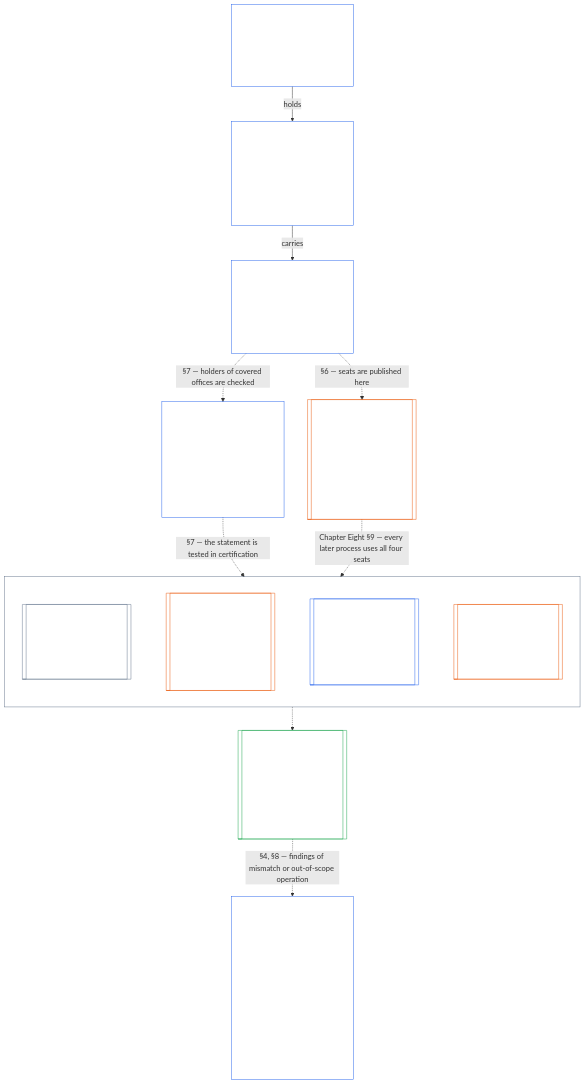
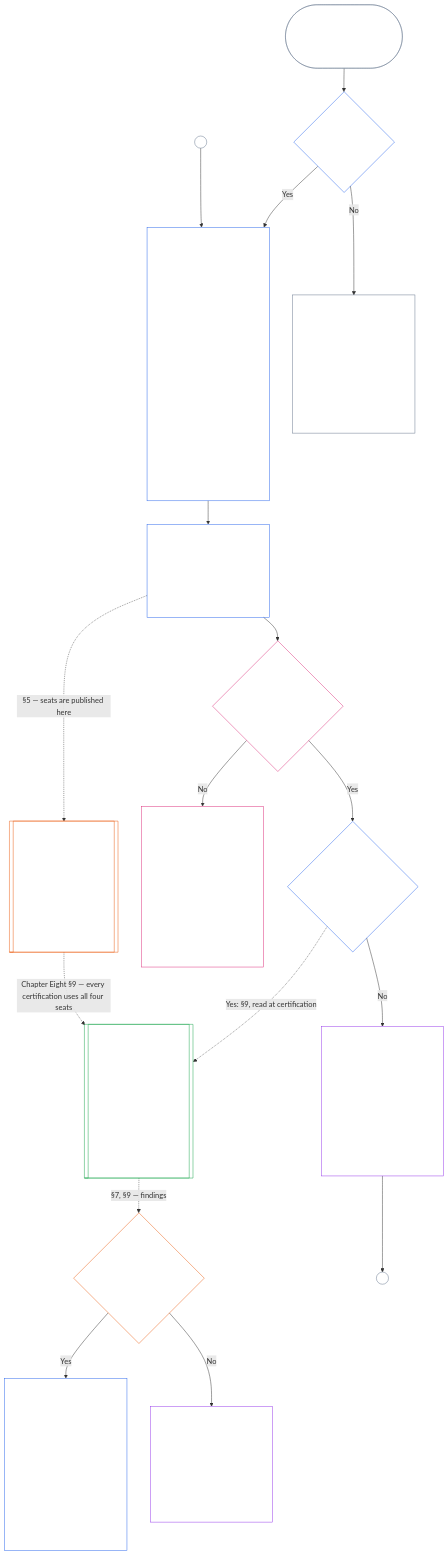
The diagram in core_07_charters.md (kfoelsch/Sentient_Constitution), drawn with Mermaid before and after one commit. The commit also changed other lines of this file and 32 other files, not shown here.

````diff
--- a/core_07_charters.md
+++ b/core_07_charters.md
@@ -43,38 +96,49 @@
 ```mermaid
 flowchart TB
-    Inst["Institutional Charter — §3<br/><br/>For an Institution that runs more than one System. Holds every System Charter and why it runs them"]
-    Sys["System Charter — §3<br/><br/>For a System of Class L or higher. Purpose, scope, limits, amendment authority, review cadence. An Institution with one System uses this one"]
-    Map["Charter Role Map — §6<br/><br/>Carried by each Charter. Eligible offices, current holders by dated version, substitutes, merged hosting, independent route"]
-    SoD[["Chapter Eight — Functional independence and segregation of duties<br/><br/>Four distinct seats for every materially binding act. Sets the rules for a valid seat placement<br/><br/>Outside this chapter"]]
-    subgraph SAC["Chapter Nine — System alignment certification (outside this chapter)"]
-        direction LR
-        I[["Initiating seat<br/><br/>Operator or proponent seeking certification<br/><br/>Placed by the map"]]
-        V[["Verify-or-authorize seat<br/><br/>Lead forum and component authorities<br/><br/>Not placed by the map: assigned under Chapters Nine and Thirteen"]]
-        R[["Record seat<br/><br/>Keeps the System Certification Record, the Act Record<br/><br/>Placed by the map"]]
-        C[["Contest seat<br/><br/>Record challenge path and review forum<br/><br/>Placed by the map"]]
-        I ~~~ V ~~~ R ~~~ C
-    end
-    Out[["Certification outcome and record<br/><br/>Names the Charter Role Map version in force. Tests the Charter's scope against real boundaries<br/><br/>Outside this chapter"]]
-    Form["Formation check — §7<br/><br/>Before a body exercises authority: do the holders of its covered offices meet the standing bar, and do they hold the office for the body's stated purpose? A check, not a licence"]
-    Keep["Keep the Charter true — §4<br/><br/>A mismatch is fixed by amendment, remediation, recertification, or scope contraction, never by quiet expansion. A Charter amendment, a mismatch, operation outside chartered scope, or an overdue review reopens the certification it bears on: the System's, and the Institution's own where it holds one"]
-    Inst -->|"holds"| Sys
-    Sys -->|"carries"| Map
-    Map -.->|"§6 — seats are published here"| SoD
-    Map -.->|"§7 — holders of covered offices are checked"| Form
-    Form -.->|"§7 — the statement is tested in certification"| SAC
-    SoD -.->|"Chapter Eight §9 — every later process uses all four seats"| SAC
-    SAC -.-> Out
-    Out -.->|"§4, §8 — findings of mismatch or out-of-scope operation"| Keep
-    style SAC fill:none,stroke:#64748b,color:#ffffff
-    style Inst fill:none,stroke:#2563eb,color:#ffffff
-    style Sys fill:none,stroke:#2563eb,color:#ffffff
+    T(["A body forms or already operates<br/><br/>The right to form carries no licence and no gate — §2"])
+    D1{"Class L or higher? — §3"}
+    Pub["Publish the right instrument — §3, §4<br/><br/>System: its System Charter<br/>Institution with one System: that System Charter<br/>Institution with several Systems: an Institutional<br/>Charter that holds every System Charter<br/>Institution with none: an Institutional Charter alone<br/><br/>Plain language, ten required items, with the formation<br/>check statement<br/>New body: before go-live or before it exercises<br/>authority over others<br/>Body already operating: at its next classification<br/>review or certification, whichever comes first"]
+    Map["Charter Role Map — §5<br/><br/>Carried by each instrument<br/>Eligible offices, current holders by dated version,<br/>substitutes, merged hosting, independent route"]
+    D4{"Formation check passed? — §6"}
+    D2{"Does the instrument count? — §3"}
+    Cert[["Chapter Nine — Alignment certification<br/><br/>Every certification fills all four seats<br/>Tests the stated scope and the formation check<br/>statement against real boundaries and operation<br/>Evidence for certification, never a substitute<br/><br/>Outside this chapter"]]
+    D3{"Stated scope matches operation? — §7"}
+    Keep["The instrument stays in force — §7, §8<br/><br/>Dated versions kept<br/>Reviewed on the published cadence, and sooner<br/>after an incident, a class change,<br/>or a credible challenge<br/>It states authority the body already holds and<br/>grants none: legitimacy is decided under Chapter Fourteen"]
+    P["Class P: a System Charter or<br/>Institutional Charter is encouraged<br/>and not required<br/><br/>Required on reclassification to Class L<br/>or higher, or if the operator asserts<br/>constitutional compliance — §3"]
+    Seat["That sentient does not hold that office — §6<br/><br/>Standing or authenticity failed for one holder<br/>The office is refilled by dated Role Map<br/>version and checked again<br/>The body is not stopped: the two narrow gates<br/>on the right to form attach to a sentient,<br/>never to the body"]
+    Def["Defect to log and correct — §3<br/><br/>Not identified as the body's System Charter<br/>or Institutional Charter, or the §4 minimum<br/>is missing<br/>Not a bar to forming or operating, and not<br/>a reason to treat the body as unbounded"]
+    SoD[["Chapter Eight — Segregation of duties<br/><br/>Four distinct seats for every materially binding act<br/>Sets the rules for a valid placement<br/>The map places three of the four seats<br/><br/>Outside this chapter"]]
+    Fix["Fix it in the open — §7<br/><br/>Amend with notice and a contest path,<br/>remediate, recertify, or contract scope<br/>Never quiet expansion<br/>The fix reopens the certification it bears on"]
+    T --> D1
+    D1 -->|"Yes"| Pub
+    D1 -->|"No"| P
+    Pub --> Map
+    Map --> D4
+    Map -.->|"§5 — seats are published here"| SoD
+    D4 -->|"Yes"| D2
+    D4 -->|"No"| Seat
+    D2 -.->|"Yes: §9, read at certification"| Cert
+    D2 -->|"No"| Def
+    SoD -.->|"Chapter Eight §9 — every certification uses all four seats"| Cert
+    Cert -.->|"§7, §9 — findings"| D3
+    D3 -->|"Yes"| Keep
+    D3 -->|"No"| Fix
+    Def --> A1((A))
+    A2((A)) --> Pub
+    style T fill:none,stroke:#64748b,color:#ffffff
+    style D1 fill:none,stroke:#2563eb,color:#ffffff
+    style P fill:none,stroke:#64748b,color:#ffffff
+    style Pub fill:none,stroke:#2563eb,color:#ffffff
     style Map fill:none,stroke:#2563eb,color:#ffffff
+    style SoD fill:none,stroke:#ea580c,color:#ffffff
+    style D4 fill:none,stroke:#db2777,color:#ffffff
+    style Seat fill:none,stroke:#db2777,color:#ffffff
+    style D2 fill:none,stroke:#2563eb,color:#ffffff
+    style Def fill:none,stroke:#9333ea,color:#ffffff
+    style Cert fill:none,stroke:#16a34a,color:#ffffff
+    style D3 fill:none,stroke:#ea580c,color:#ffffff
     style Keep fill:none,stroke:#2563eb,color:#ffffff
-    style Form fill:none,stroke:#2563eb,color:#ffffff
-    style SoD fill:none,stroke:#ea580c,color:#ffffff
-    style I fill:none,stroke:#64748b,color:#ffffff
-    style V fill:none,stroke:#ea580c,color:#ffffff
-    style R fill:none,stroke:#2563eb,color:#ffffff
-    style C fill:none,stroke:#ea580c,color:#ffffff
-    style Out fill:none,stroke:#16a34a,color:#ffffff
+    style Fix fill:none,stroke:#9333ea,color:#ffffff
+    style A1 fill:none,stroke:#64748b,color:#ffffff
+    style A2 fill:none,stroke:#64748b,color:#ffffff
 ```
````
